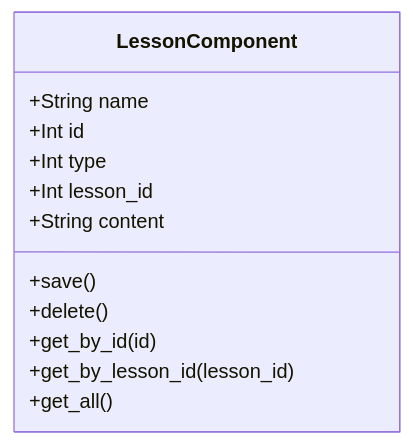
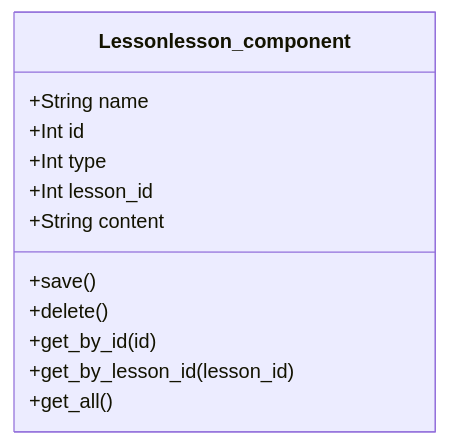
The fifth of 5 diagrams in README.md (MICodeProjects/robosite), drawn with Mermaid before and after one commit. The commit also changed other lines of this file and 30 other files, not shown here.

````diff
--- a/README.md
+++ b/README.md
@@ -90,15 +90,15 @@
 ```mermaid
 classDiagram
-    class LessonComponent {
+    class Lessonlesson_component {
         +String name
         +Int id
         +Int type
         +Int lesson_id
         +String content
         +save()
         +delete()
         +get_by_id(id)
         +get_by_lesson_id(lesson_id)
         +get_all()
     }
 ```
````
